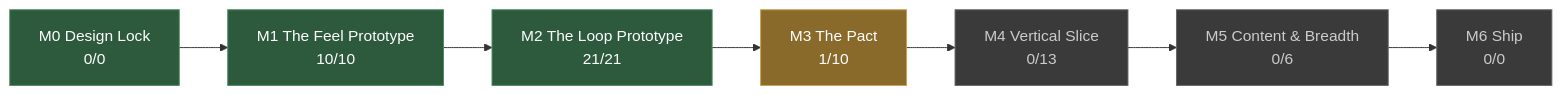
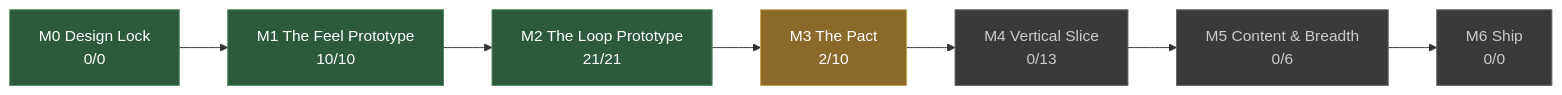
Before and after one commit to JoshuaGessner/she: the diagram in docs/STATUS.md, drawn with Mermaid. The commit also changed other lines of this file and 11 other files, not shown here.

````diff
--- a/docs/STATUS.md
+++ b/docs/STATUS.md
@@ -13,19 +13,19 @@
 ```mermaid
 flowchart LR
   M0["M0 Design Lock<br/>0/0"]:::passed
   M1["M1 The Feel Prototype<br/>10/10"]:::passed
   M0 --> M1
   M2["M2 The Loop Prototype<br/>21/21"]:::passed
   M1 --> M2
-  M3["M3 The Pact<br/>1/10"]:::current
+  M3["M3 The Pact<br/>2/10"]:::current
   M2 --> M3
   M4["M4 Vertical Slice<br/>0/13"]:::ahead
   M3 --> M4
   M5["M5 Content & Breadth<br/>0/6"]:::ahead
   M4 --> M5
   M6["M6 Ship<br/>0/0"]:::ahead
   M5 --> M6
   classDef passed fill:#2d5a3d,stroke:#4a8a5f,color:#fff
   classDef current fill:#8a6a2a,stroke:#c8a04a,color:#fff
   classDef ahead fill:#3a3a3a,stroke:#666,color:#ccc
 ```
````
